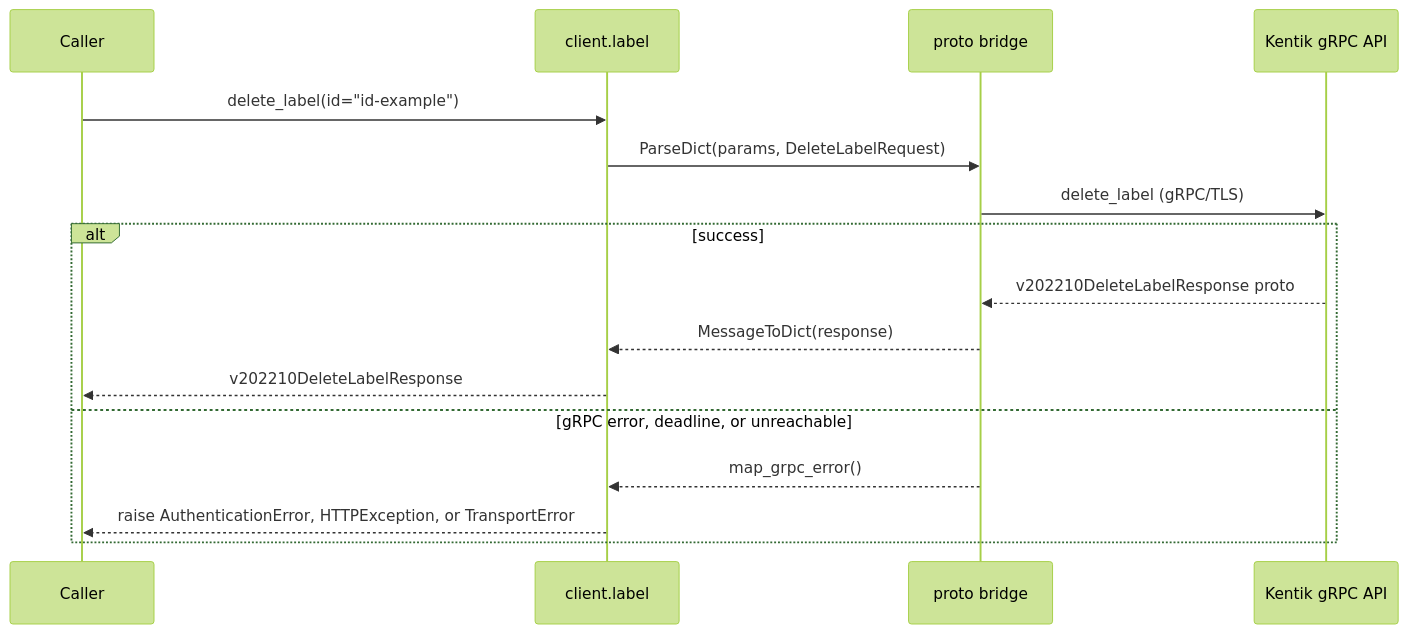
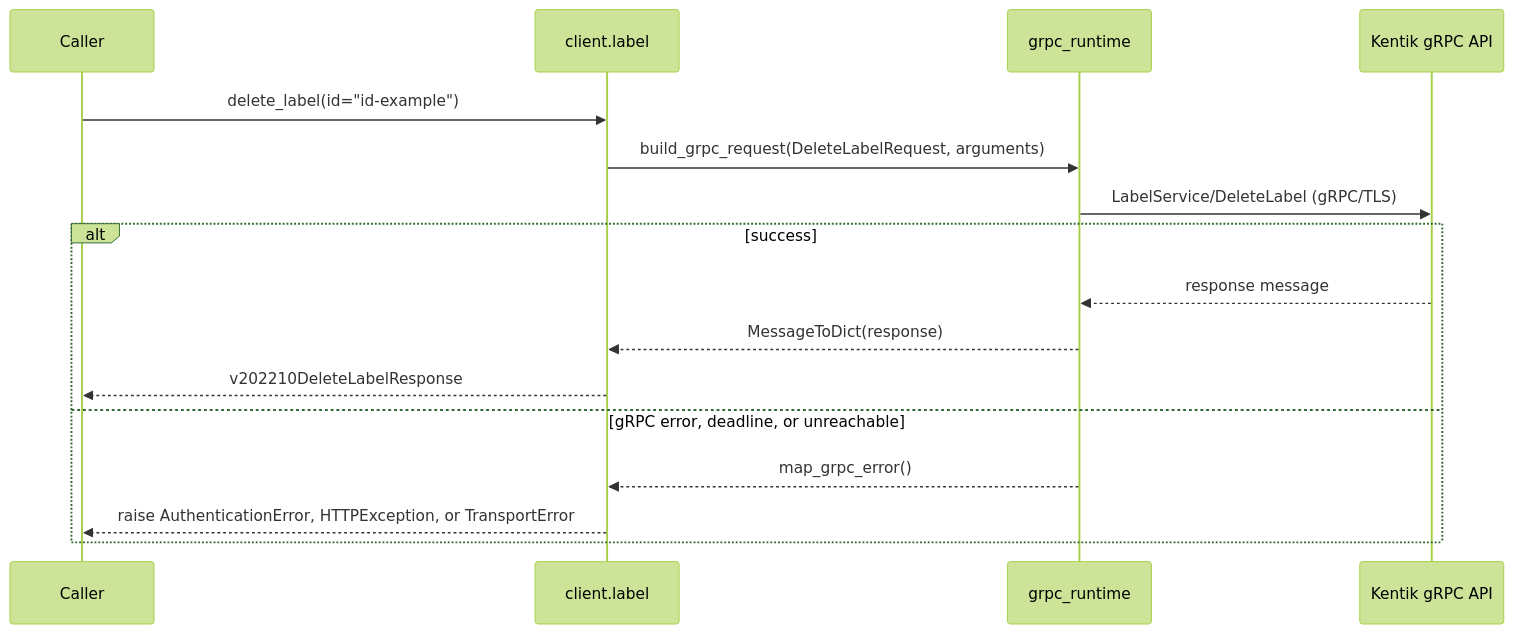
The ninth of 10 diagrams in docs/sphinx/services/label.md (alexdearaujo/community_sdk_python), drawn with Mermaid (forest theme) before and after one commit. The commit also changed other lines of this file and 37 other files, not shown here.

First line of the commit message:
docs: show the real RPC in each service page's gRPC diagram

````diff
--- a/docs/sphinx/services/label.md
+++ b/docs/sphinx/services/label.md
@@ -281,19 +281,19 @@
 ```mermaid
 sequenceDiagram
     participant C as Caller
     participant W as client.label
-    participant B as proto bridge
+    participant R as grpc_runtime
     participant API as Kentik gRPC API
 
     C->>W: delete_label(id="id-example")
-    W->>B: ParseDict(params, DeleteLabelRequest)
-    B->>API: delete_label (gRPC/TLS)
+    W->>R: build_grpc_request(DeleteLabelRequest, arguments)
+    R->>API: LabelService/DeleteLabel (gRPC/TLS)
     alt success
-        API-->>B: v202210DeleteLabelResponse proto
-        B-->>W: MessageToDict(response)
+        API-->>R: response message
+        R-->>W: MessageToDict(response)
         W-->>C: v202210DeleteLabelResponse
     else gRPC error, deadline, or unreachable
-        B-->>W: map_grpc_error()
+        R-->>W: map_grpc_error()
         W-->>C: raise AuthenticationError, HTTPException, or TransportError
     end
 ```
````
